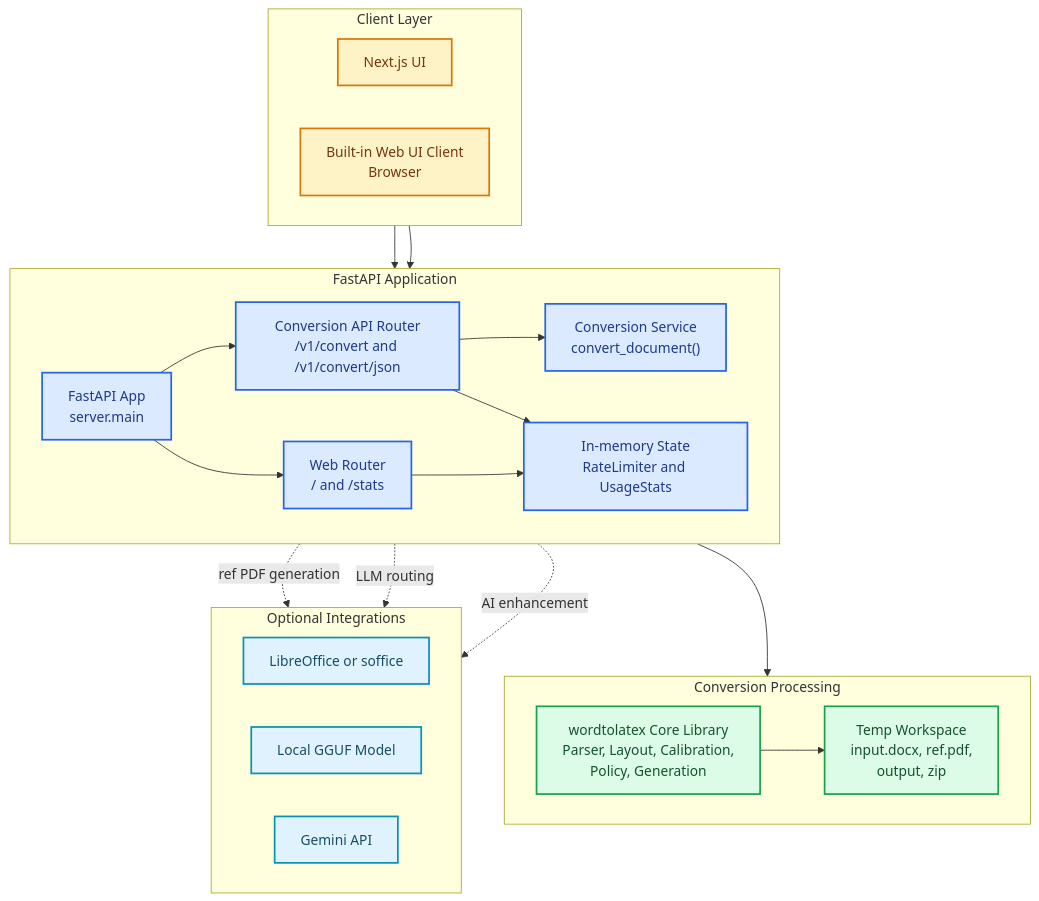
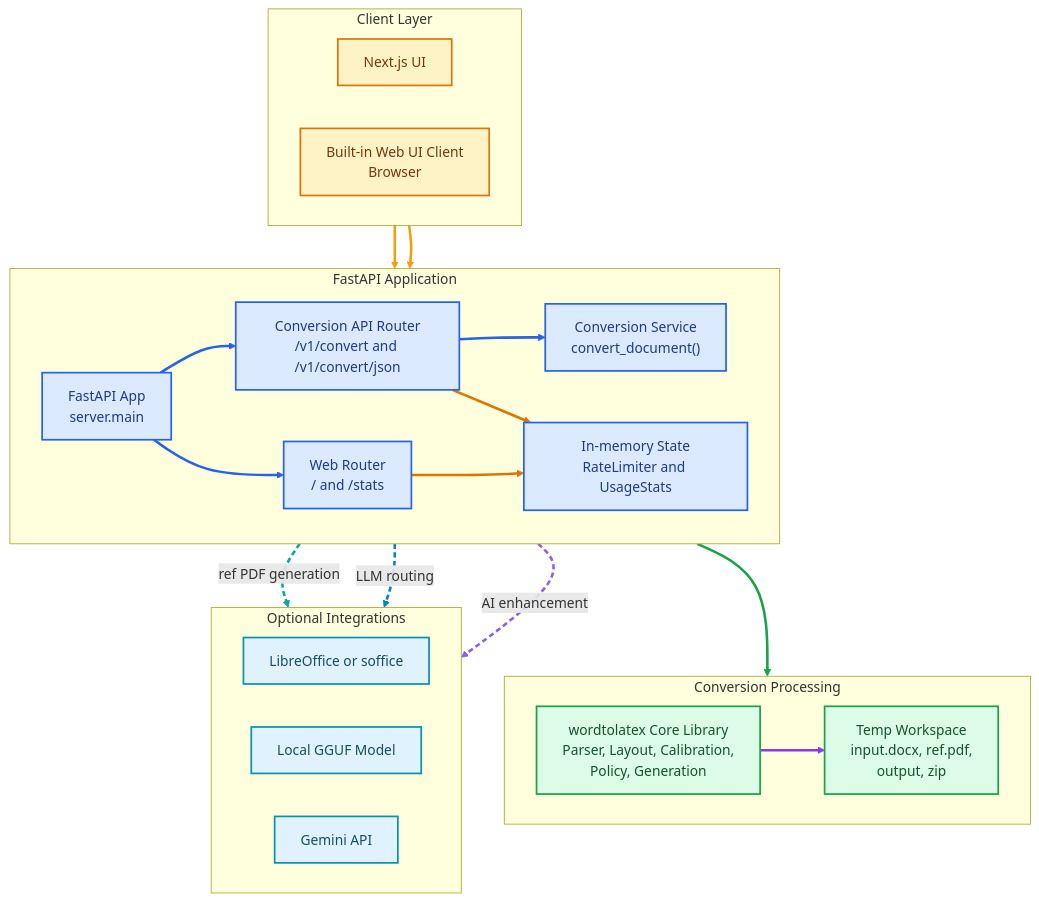
The second of 4 diagrams in docs/ARCHITECTURE.md (suju297/Word2LaTeX), drawn with Mermaid before and after one commit. The commit also changed other lines of this file and 3 other files, not shown here.

Commit message:
Refine C4 diagrams: colored arrows and overlap fix

````diff
--- a/docs/ARCHITECTURE.md
+++ b/docs/ARCHITECTURE.md
@@ -37,57 +43,70 @@
 ```mermaid
 flowchart TB
     subgraph Client["Client Layer"]
       direction LR
       nextUi["Next.js UI"]
       browserUi["Built-in Web UI Client<br/>Browser"]
     end
 
     subgraph Api["FastAPI Application"]
       direction LR
       app["FastAPI App<br/>server.main"]
       convApi["Conversion API Router<br/>/v1/convert and /v1/convert/json"]
       webApi["Web Router<br/>/ and /stats"]
       svc["Conversion Service<br/>convert_document()"]
       state["In-memory State<br/>RateLimiter and UsageStats"]
     end
 
     subgraph Processing["Conversion Processing"]
       direction LR
       core["wordtolatex Core Library<br/>Parser, Layout, Calibration,<br/>Policy, Generation"]
       temp["Temp Workspace<br/>input.docx, ref.pdf,<br/>output, zip"]
     end
 
     subgraph External["Optional Integrations"]
       direction LR
       soffice["LibreOffice or soffice"]
       local["Local GGUF Model"]
       gemini["Gemini API"]
     end
 
-    nextUi --> app
-    browserUi --> app
+    nextUi --> convApi
+    browserUi --> webApi
 
     app --> convApi
     app --> webApi
 
     convApi --> svc
     convApi --> state
     webApi --> state
 
     svc --> core
     core --> temp
 
     svc -."ref PDF generation".-> soffice
     svc -."LLM routing".-> local
     svc -."AI enhancement".-> gemini
 
+    linkStyle 0 stroke:#F59E0B,stroke-width:3px;
+    linkStyle 1 stroke:#F59E0B,stroke-width:3px;
+    linkStyle 2 stroke:#2563EB,stroke-width:3px;
+    linkStyle 3 stroke:#2563EB,stroke-width:3px;
+    linkStyle 4 stroke:#2563EB,stroke-width:3px;
+    linkStyle 5 stroke:#D97706,stroke-width:3px;
+    linkStyle 6 stroke:#D97706,stroke-width:3px;
+    linkStyle 7 stroke:#16A34A,stroke-width:3px;
+    linkStyle 8 stroke:#9333EA,stroke-width:3px;
+    linkStyle 9 stroke:#0EA5A6,stroke-width:3px,stroke-dasharray:6 4;
+    linkStyle 10 stroke:#0284C7,stroke-width:3px,stroke-dasharray:6 4;
+    linkStyle 11 stroke:#8B5CF6,stroke-width:3px,stroke-dasharray:6 4;
+
     classDef client fill:#FEF3C7,stroke:#D97706,color:#78350F,stroke-width:2px;
     classDef api fill:#DBEAFE,stroke:#2563EB,color:#1E3A8A,stroke-width:2px;
     classDef processing fill:#DCFCE7,stroke:#16A34A,color:#14532D,stroke-width:2px;
     classDef ext fill:#E0F2FE,stroke:#0891B2,color:#164E63,stroke-width:2px;
 
     class nextUi,browserUi client;
     class app,convApi,webApi,svc,state api;
     class core,temp processing;
     class soffice,local,gemini ext;
 ```
````
